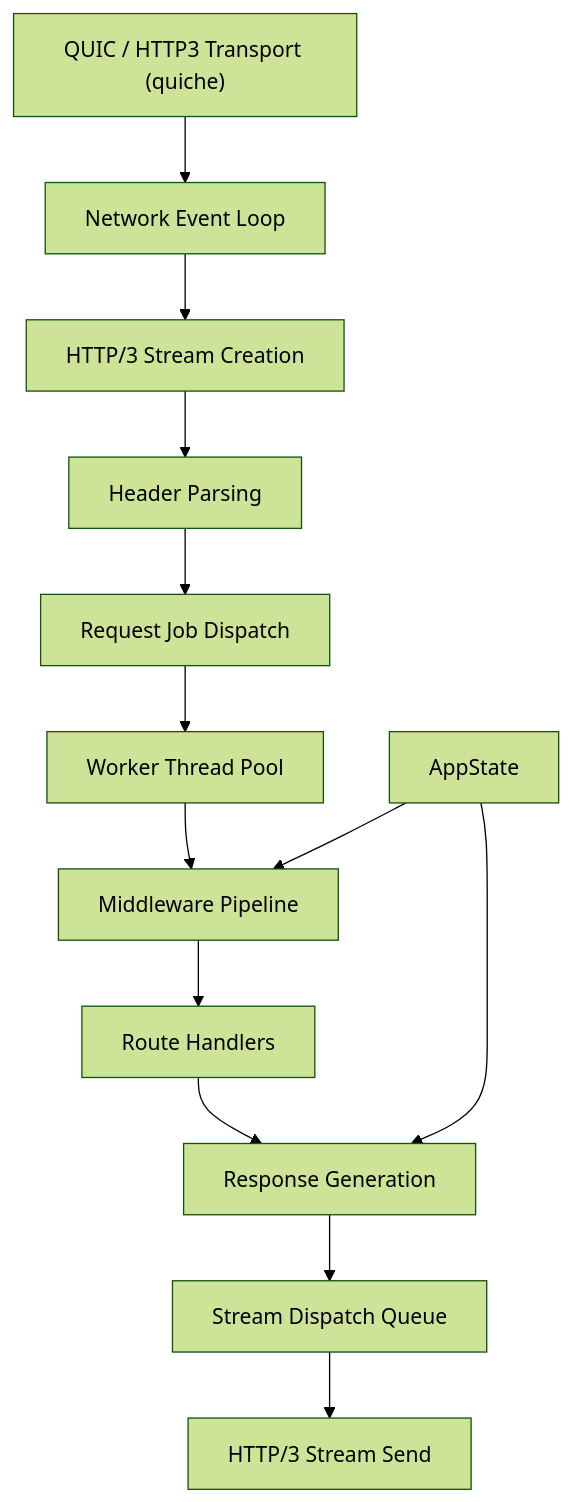
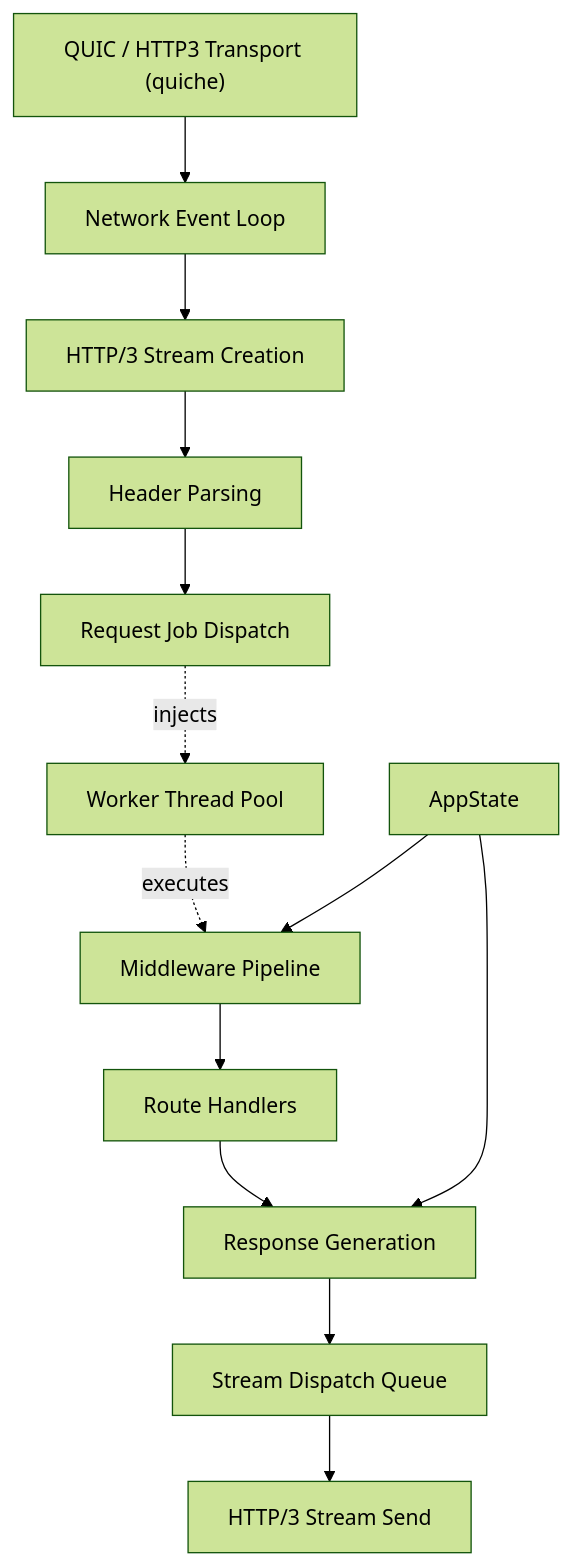
Before and after one commit to Cm3lp8/faces_http3_server: the second of 2 diagrams in README.md, drawn with Mermaid (forest theme).

````diff
--- a/README.md
+++ b/README.md
@@ -59,24 +59,25 @@
 ```mermaid
 flowchart TD
     A["QUIC / HTTP3 Transport (quiche)"] --> B["Network Event Loop"]
 
     B --> C["HTTP/3 Stream Creation"]
 
     C --> D["Header Parsing"]
 
     D --> E["Request Job Dispatch"]
+    
 
-    E --> F["Worker Thread Pool"]
+    F["Worker Thread Pool"] 
 
-    F --> G["Middleware Pipeline"]
-
+    F -. executes.-> G["Middleware Pipeline"]
+    E -. injects.-> F
     G --> H["Route Handlers"]
 
     H --> I["Response Generation"]
 
     I --> J["Stream Dispatch Queue"]
 
     J --> K["HTTP/3 Stream Send"]
     L["AppState"] --> I
     L --> G
 ``` 
````
